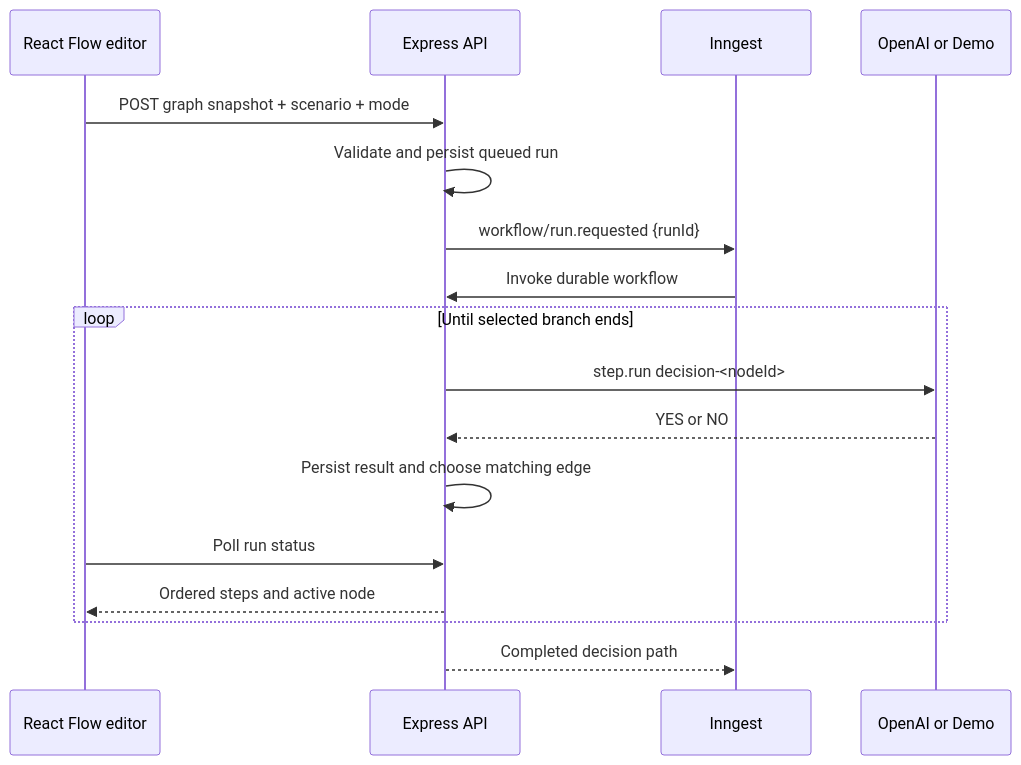
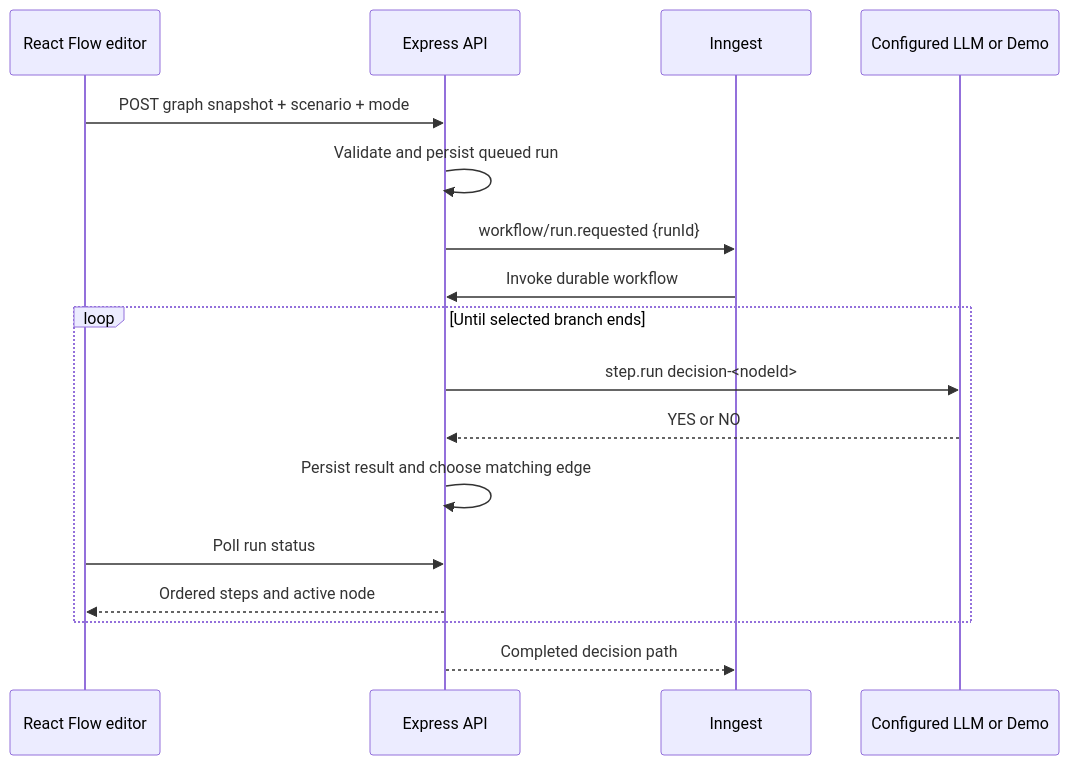
Before and after one commit to ardiradi/flyrank-ai-decision-flow: the diagram in README.md, drawn with Mermaid. The commit also changed other lines of this file and 20 other files, not shown here.

````diff
--- a/README.md
+++ b/README.md
@@ -78,19 +90,19 @@
 ```mermaid
 sequenceDiagram
   participant U as React Flow editor
   participant A as Express API
   participant I as Inngest
-  participant O as OpenAI or Demo
+  participant O as Configured LLM or Demo
   U->>A: POST graph snapshot + scenario + mode
   A->>A: Validate and persist queued run
   A->>I: workflow/run.requested {runId}
   I->>A: Invoke durable workflow
   loop Until selected branch ends
     A->>O: step.run decision-<nodeId>
     O-->>A: YES or NO
     A->>A: Persist result and choose matching edge
     U->>A: Poll run status
     A-->>U: Ordered steps and active node
   end
   A-->>I: Completed decision path
 ```
````
